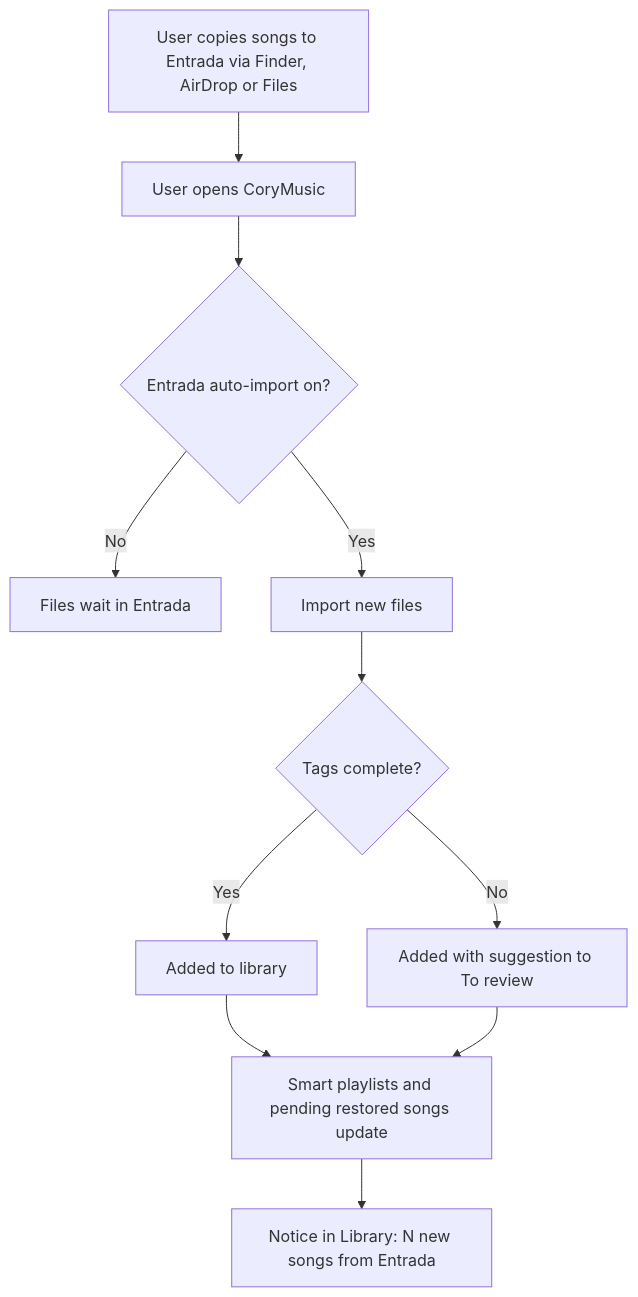
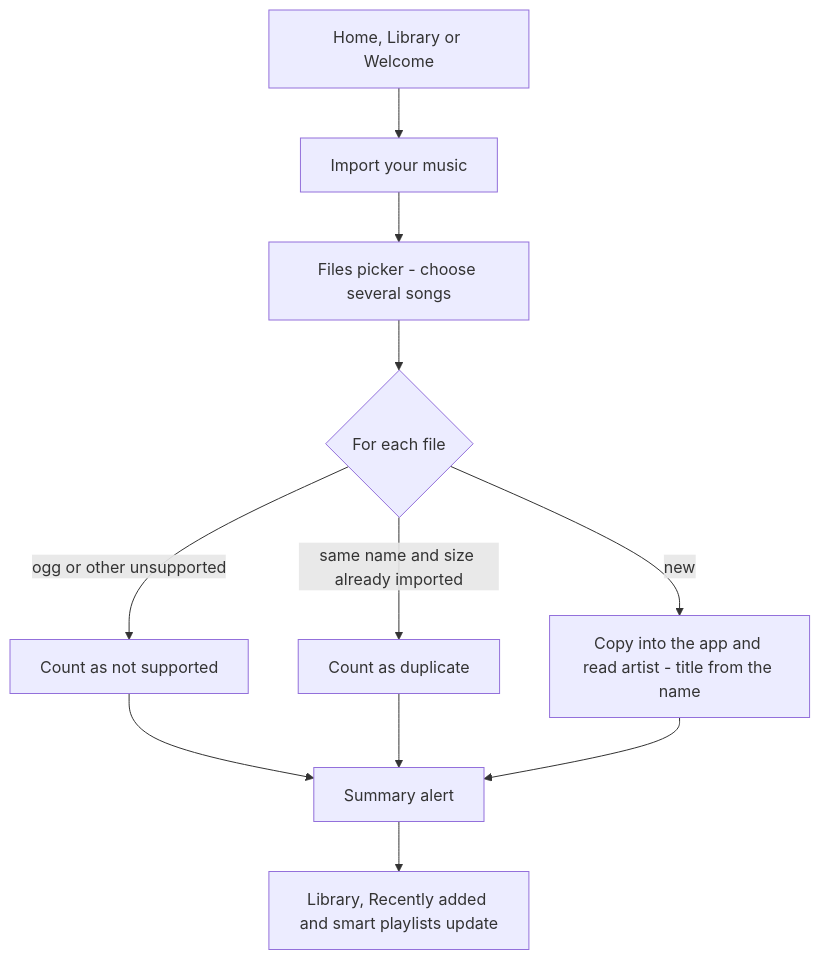
One commit to sabrinasalomon/CoryMusic changed the third of 6 diagrams in docs/USER_FLOWS.md. Above: the diagram before and after it, drawn with Mermaid. The commit also changed other lines of this file and 68 other files, not shown here.

````diff
--- a/docs/USER_FLOWS.md
+++ b/docs/USER_FLOWS.md
@@ -79,12 +55,11 @@
 ```mermaid
 flowchart TD
-    A[User copies songs to Entrada via Finder, AirDrop or Files] --> B[User opens CoryMusic]
-    B --> C{Entrada auto-import on?}
-    C -- No --> Z[Files wait in Entrada]
-    C -- Yes --> D[Import new files]
-    D --> E{Tags complete?}
-    E -- Yes --> F[Added to library]
-    E -- No --> G[Added with suggestion to To review]
-    F & G --> H[Smart playlists and pending restored songs update]
-    H --> I[Notice in Library: N new songs from Entrada]
+    A[Home, Library or Welcome] --> B[Import your music]
+    B --> C[Files picker - choose several songs]
+    C --> D{For each file}
+    D -- ogg or other unsupported --> E[Count as not supported]
+    D -- same name and size already imported --> F[Count as duplicate]
+    D -- new --> G[Copy into the app and read artist - title from the name]
+    E & F & G --> H[Summary alert]
+    H --> I[Library, Recently added and smart playlists update]
 ```
````
